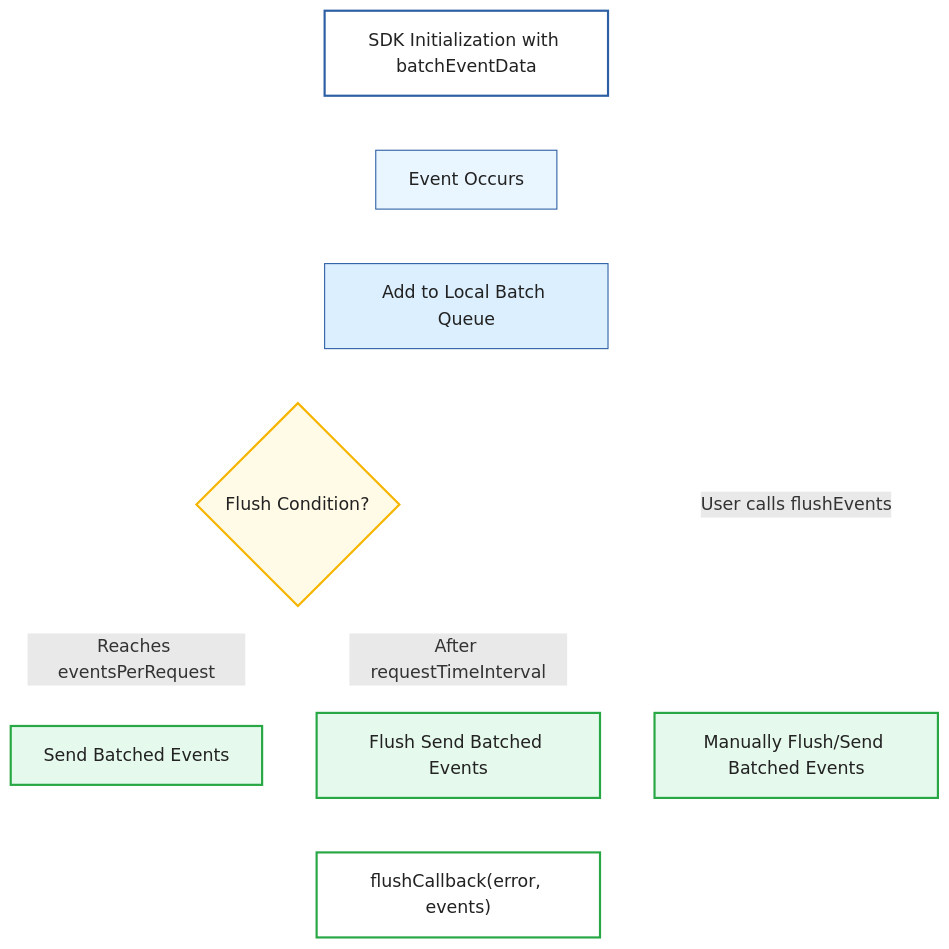
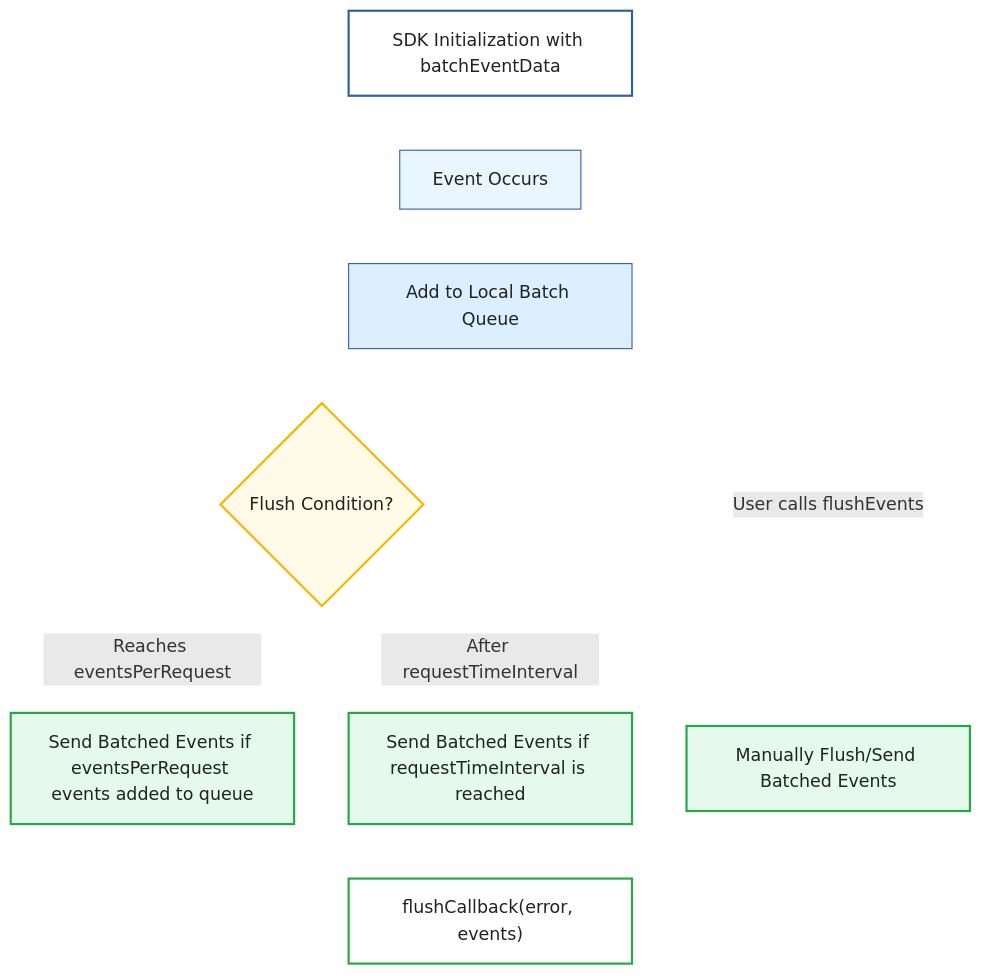
Before and after one commit to wingify/readme-central: the diagram in docs/Concepts/wip-rd-event-batching-copy.md, drawn with Mermaid.

Commit message:
Update doc `wip-rd-event-batching-copy`

````diff
--- a/docs/Concepts/wip-rd-event-batching-copy.md
+++ b/docs/Concepts/wip-rd-event-batching-copy.md
@@ -159,31 +159,31 @@
 ```mermaid
 flowchart TD
     A["SDK Initialization with batchEventData"] --> B["Event Occurs"]
     B --> C["Add to Local Batch Queue"]
 
     %% Automatic Flushing triggers
     C --> D1{"Flush Condition?"}
-    D1 -->|"Reaches eventsPerRequest"| E1["Send Batched Events"]
-    D1 -->|"After requestTimeInterval"| E2["Flush Send Batched Events"]
+    D1 -->|"Reaches eventsPerRequest"| E1["Send Batched Events if eventsPerRequest events added to queue"]
+    D1 -->|"After requestTimeInterval"| E2["Send Batched Events if requestTimeInterval is reached"]
 
     %% Manual Flush
     C -.->|"User calls flushEvents"| E3["Manually Flush/Send Batched Events"]
 
     %% All flushes trigger callback
     E1 --> X["flushCallback(error, events)"]
     E2 --> X
     E3 --> X
 
     %% Notes
     style A fill:#ffffff,stroke:#2d5fa4,stroke-width:2px,color:#222
     style B fill:#eaf6ff,stroke:#2d5fa4,stroke-width:1px,color:#222
     style C fill:#dbefff,stroke:#2d5fa4,stroke-width:1px,color:#222
     style D1 fill:#fffbe6,stroke:#f7b500,stroke-width:2px,color:#222
     style E1 fill:#e6f9ed,stroke:#28a745,stroke-width:2px,color:#222
     style E2 fill:#e6f9ed,stroke:#28a745,stroke-width:2px,color:#222
     style E3 fill:#e6f9ed,stroke:#28a745,stroke-width:2px,color:#222
     style X fill:#ffffff,stroke:#28a745,stroke-width:2px,color:#222
 
     %% Make all arrows white
     linkStyle default stroke:#fff,stroke-width:2px
 ```
````
